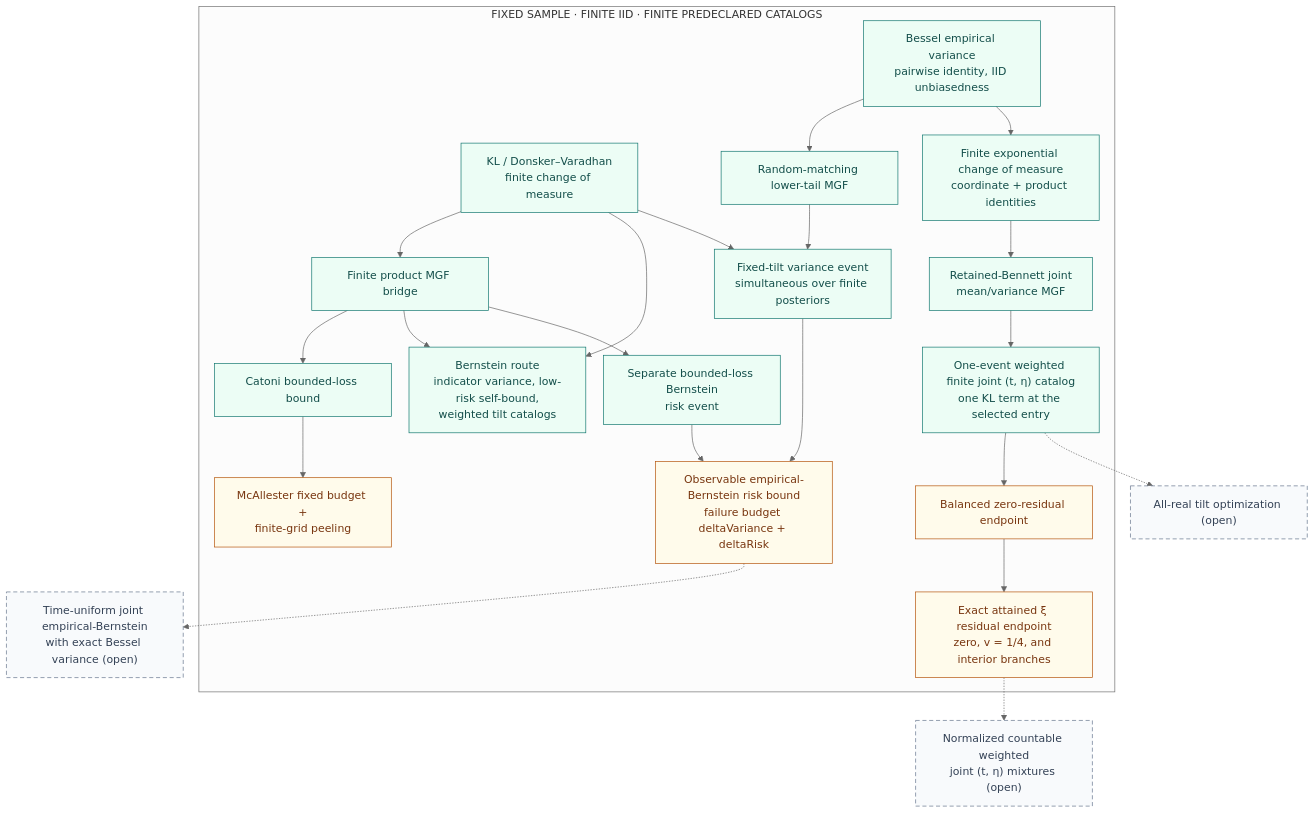
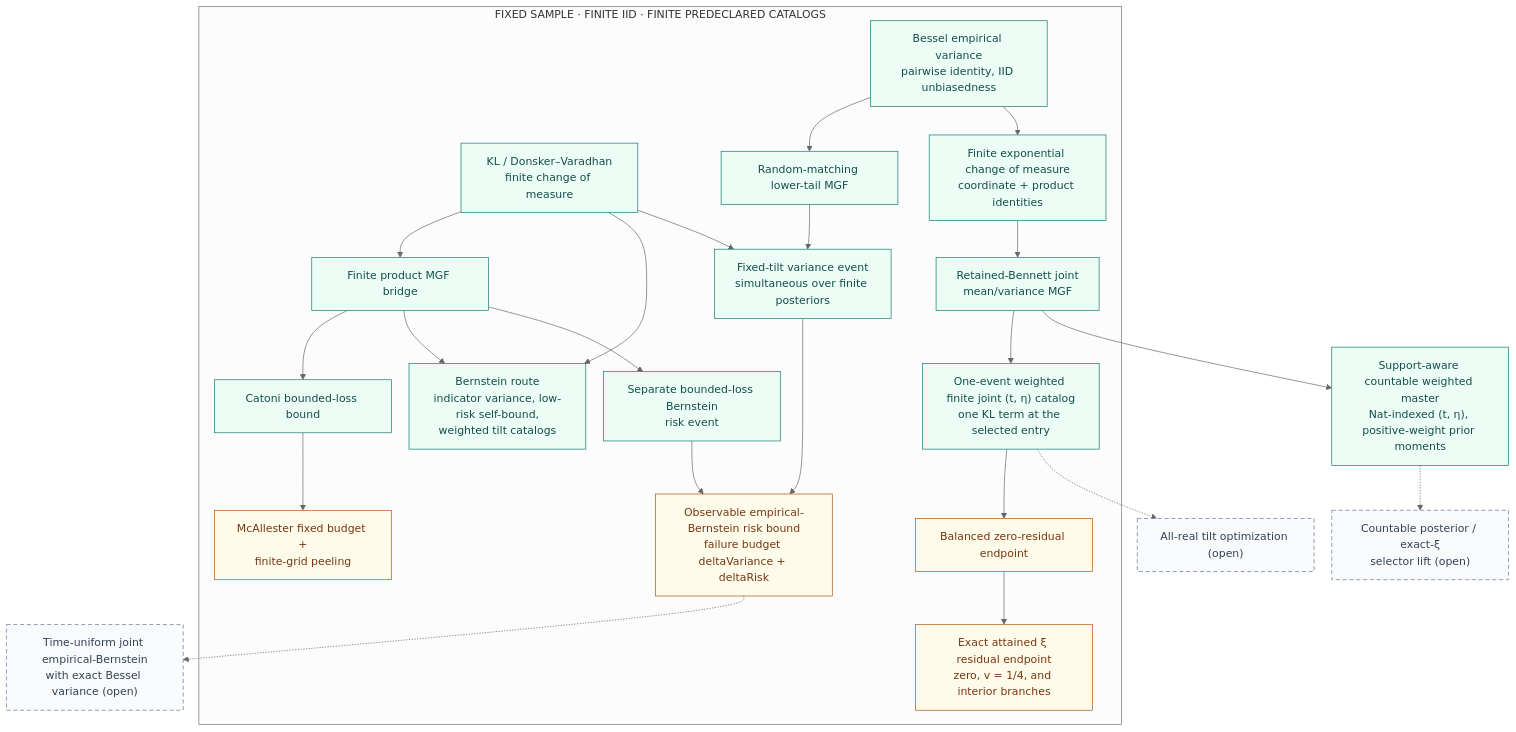
One commit to Robby955/FormalSLT changed the third of 4 diagrams in docs/diagrams.md. Above: the diagram before and after it, drawn with Mermaid. The commit also changed other lines of this file and 20 other files, not shown here.

Commit message:
feat(pac-bayes): add countable joint mixture foundation

````diff
--- a/docs/diagrams.md
+++ b/docs/diagrams.md
@@ -122,51 +122,53 @@
 ```mermaid
 %%{init: {'theme': 'neutral', 'flowchart': {'rankSpacing': 42, 'nodeSpacing': 26}}}%%
 flowchart TD
     subgraph scope["FIXED SAMPLE &middot; FINITE IID &middot; FINITE PREDECLARED CATALOGS"]
         kl["KL / Donsker–Varadhan<br/>finite change of measure"]
         pmgf["Finite product MGF bridge"]
         catoni["Catoni bounded-loss bound"]
         mcallester["McAllester fixed budget +<br/>finite-grid peeling"]
         bern["Bernstein route<br/>indicator variance, low-risk self-bound,<br/>weighted tilt catalogs"]
         bessel["Bessel empirical variance<br/>pairwise identity, IID unbiasedness"]
         matching["Random-matching lower-tail MGF"]
         varevent["Fixed-tilt variance event<br/>simultaneous over finite posteriors"]
         riskevent["Separate bounded-loss Bernstein<br/>risk event"]
         ebrisk["Observable empirical-Bernstein risk bound<br/>failure budget deltaVariance + deltaRisk"]
         tilt["Finite exponential change of measure<br/>coordinate + product identities"]
         jointmgf["Retained-Bennett joint<br/>mean/variance MGF"]
         jointcat["One-event weighted finite joint (t, η) catalog<br/>one KL term at the selected entry"]
         zerores["Balanced zero-residual endpoint"]
         xires["Exact attained ξ residual endpoint<br/>zero, v = 1/4, and interior branches"]
     end
-    countable["Normalized countable weighted<br/>joint (t, η) mixtures (open)"]
+    countablemaster["Support-aware countable weighted master<br/>Nat-indexed (t, η), positive-weight prior moments"]
+    countableposterior["Countable posterior / exact-ξ<br/>selector lift (open)"]
     allreal["All-real tilt optimization (open)"]
     tueb["Time-uniform joint empirical-Bernstein<br/>with exact Bessel variance (open)"]
 
     kl --> pmgf
     pmgf --> catoni
     catoni --> mcallester
     kl --> bern
     pmgf --> bern
     bessel --> matching
     matching --> varevent
     kl --> varevent
     pmgf --> riskevent
     varevent --> ebrisk
     riskevent --> ebrisk
     bessel --> tilt
     tilt --> jointmgf
     jointmgf --> jointcat
     jointcat --> zerores
     zerores --> xires
-    xires -.-> countable
+    jointmgf --> countablemaster
+    countablemaster -.-> countableposterior
     jointcat -.-> allreal
     ebrisk -.-> tueb
 
     classDef checked fill:#ecfdf5,stroke:#0f766e,color:#134e4a;
     classDef endpointNode fill:#fffbeb,stroke:#b45309,color:#78350f;
     classDef open fill:#f8fafc,stroke:#64748b,color:#334155,stroke-dasharray:6 4;
-    class kl,pmgf,catoni,bern,bessel,matching,varevent,riskevent,tilt,jointmgf,jointcat checked;
+    class kl,pmgf,catoni,bern,bessel,matching,varevent,riskevent,tilt,jointmgf,jointcat,countablemaster checked;
     class mcallester,ebrisk,zerores,xires endpointNode;
-    class countable,allreal,tueb open;
+    class countableposterior,allreal,tueb open;
 ```
````
